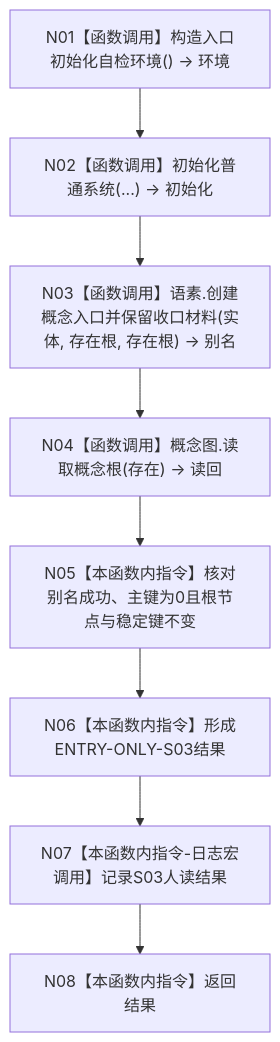
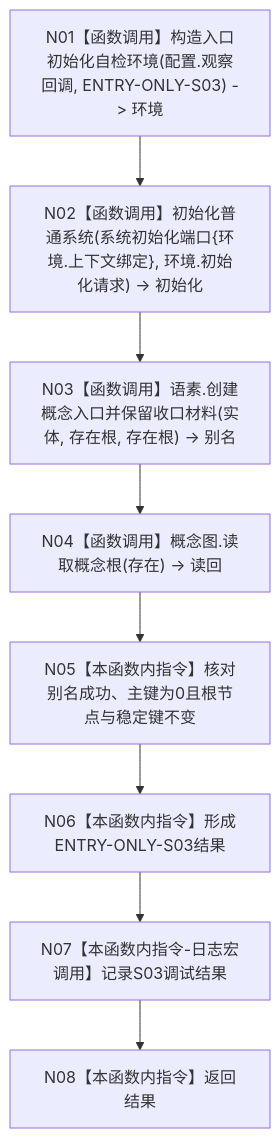
The diagram in 流程图/20260726_ENTRY-ONLY_S03_概念图非名称身份_施工流程图_v0.1.md (chunhaizh-cyber/HY-Ego), drawn with Mermaid before and after one commit. The commit also changed other lines of this file and 54 other files, not shown here.

Commit message:
修订 ENTRY-ONLY 入口职责设计包

````diff
--- a/流程图/20260726_ENTRY-ONLY_S03_概念图非名称身份_施工流程图_v0.1.md
+++ b/流程图/20260726_ENTRY-ONLY_S03_概念图非名称身份_施工流程图_v0.1.md
@@ -27,10 +27,10 @@
 ```mermaid
 flowchart TD
-    N01["N01【函数调用】构造入口初始化自检环境() -> 环境"] --> N02["N02【函数调用】初始化普通系统(...) -> 初始化"]
+    N01["N01【函数调用】构造入口初始化自检环境(配置.观察回调, ENTRY-ONLY-S03) -> 环境"] --> N02["N02【函数调用】初始化普通系统(系统初始化端口{环境.上下文绑定}, 环境.初始化请求) -> 初始化"]
     N02 --> N03["N03【函数调用】语素.创建概念入口并保留收口材料(实体, 存在根, 存在根) -> 别名"]
     N03 --> N04["N04【函数调用】概念图.读取概念根(存在) -> 读回"]
     N04 --> N05["N05【本函数内指令】核对别名成功、主键为0且根节点与稳定键不变"]
     N05 --> N06["N06【本函数内指令】形成ENTRY-ONLY-S03结果"]
-    N06 --> N07["N07【本函数内指令-日志宏调用】记录S03人读结果"]
+    N06 --> N07["N07【本函数内指令-日志宏调用】记录S03调试结果"]
     N07 --> N08["N08【本函数内指令】返回结果"]
 ```
````
